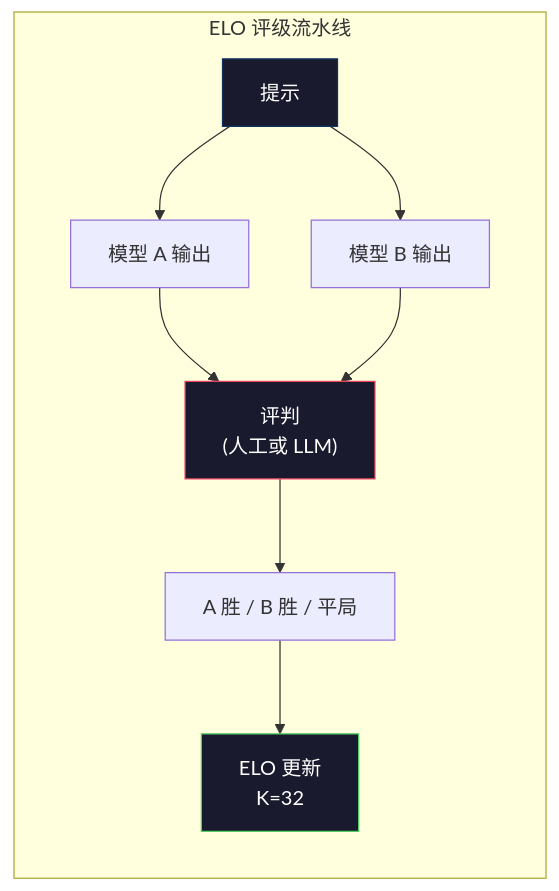
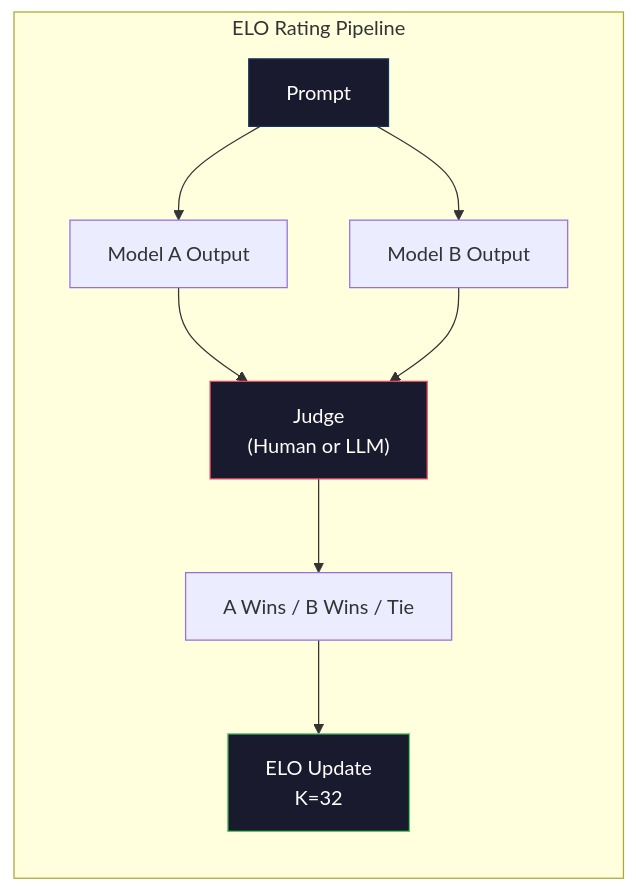
The second of 2 diagrams in i18n/zh/phases/10-llms-from-scratch/10-evaluation/docs/zh.md (xiaojiaenen/ai-engineering-from-scratch-zh), drawn with Mermaid before and after one commit. The commit also changed other lines of this file and 24 other files, not shown here.

````diff
--- a/i18n/zh/phases/10-llms-from-scratch/10-evaluation/docs/zh.md
+++ b/i18n/zh/phases/10-llms-from-scratch/10-evaluation/docs/zh.md
@@ -92,16 +92,16 @@
 ```mermaid
 graph LR
-    subgraph ELO["ELO 评级流水线"]
+    subgraph ELO["ELO Rating Pipeline"]
         direction TB
-        P["提示"] --> MA["模型 A 输出"]
-        P --> MB["模型 B 输出"]
-        MA --> J["评判\n(人工或 LLM)"]
+        P["Prompt"] --> MA["Model A Output"]
+        P --> MB["Model B Output"]
+        MA --> J["Judge\n(Human or LLM)"]
         MB --> J
-        J --> W["A 胜 / B 胜 / 平局"]
-        W --> E["ELO 更新\nK=32"]
+        J --> W["A Wins / B Wins / Tie"]
+        W --> E["ELO Update\nK=32"]
     end
 
     style P fill:#1a1a2e,stroke:#0f3460,color:#fff
     style J fill:#1a1a2e,stroke:#e94560,color:#fff
     style E fill:#1a1a2e,stroke:#51cf66,color:#fff
 ```
````
